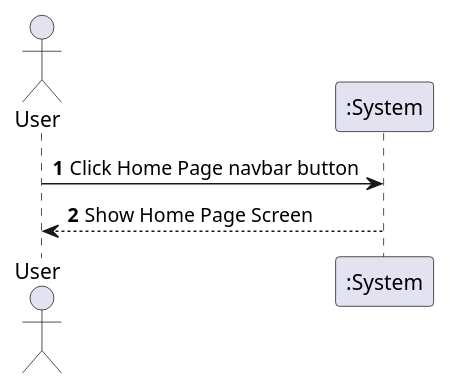
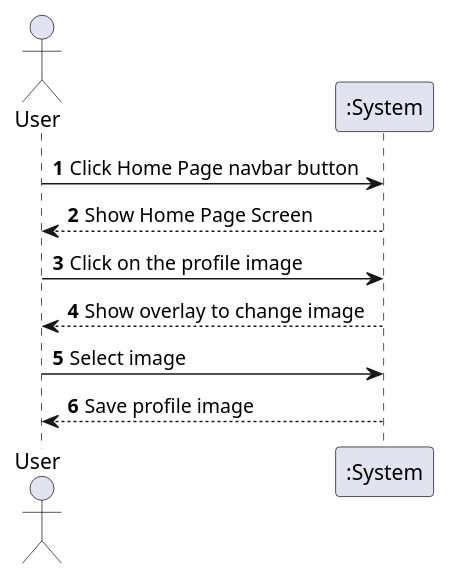
Before and after one commit to 8126Lucas/DSSMV_ProjectReact_1241131_1241008: the diagram in UMLs/puml/SSD/UCMS-SSD/UCMS3-SSD.puml, drawn with PlantUML. The commit also changed 10 other files, not shown here.

Commit message:
Lucas e Miguel: - Alterações nos diagramas

```diff
--- a/UMLs/puml/SSD/UCMS-SSD/UCMS3-SSD.puml
+++ b/UMLs/puml/SSD/UCMS-SSD/UCMS3-SSD.puml
@@ -1,12 +1,18 @@
 @startuml
 'https://plantuml.com/sequence-diagram
 
 autonumber
 
 Actor "User" as user
 participant ":System" as sys
 
 user -> sys: Click Home Page navbar button
 user <-- sys: Show Home Page Screen
 
+user -> sys: Click on the profile image
+user <-- sys: Show overlay to change image
+
+user -> sys: Select image
+user <-- sys: Save profile image
+
 @enduml
```
